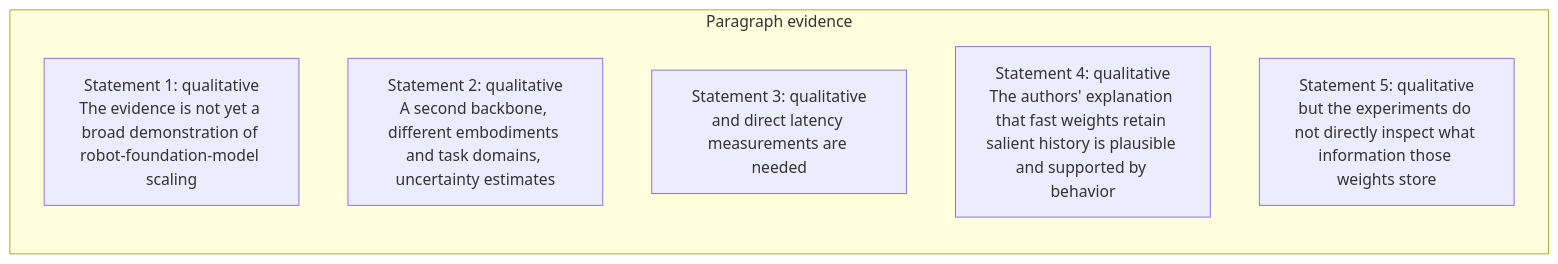
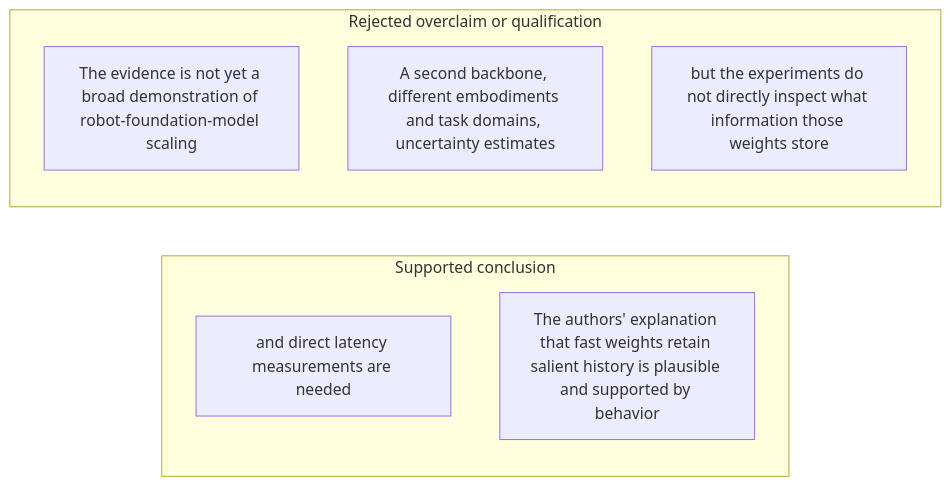
One commit to Betancourt1/paper_atlas changed diagram 46 of 48 in docs/visual-manifests/VISUAL_MANIFEST_ROBOTT.md. Above: the diagram before and after it, drawn with Mermaid. The commit also changed other lines of this file and 7 other files, not shown here.

````diff
--- a/docs/visual-manifests/VISUAL_MANIFEST_ROBOTT.md
+++ b/docs/visual-manifests/VISUAL_MANIFEST_ROBOTT.md
@@ -3861,10 +3875,12 @@
 ```mermaid
 flowchart LR
-  subgraph p1["Paragraph evidence"]
-    p1r1["Statement 1: qualitative<br/>The evidence is not yet a broad demonstration of robot-foundation-model scaling"]
-    p1r2["Statement 2: qualitative<br/>A second backbone, different embodiments and task domains, uncertainty estimates"]
-    p1r3["Statement 3: qualitative<br/>and direct latency measurements are needed"]
-    p1r4["Statement 4: qualitative<br/>The authors' explanation that fast weights retain salient history is plausible and supported by behavior"]
-    p1r5["Statement 5: qualitative<br/>but the experiments do not directly inspect what information those weights store"]
+  subgraph g1["Supported conclusion"]
+    g1i1["and direct latency measurements are needed"]
+    g1i2["The authors' explanation that fast weights retain salient history is plausible and supported by behavior"]
+  end
+  subgraph g2["Rejected overclaim or qualification"]
+    g2i1["The evidence is not yet a broad demonstration of robot-foundation-model scaling"]
+    g2i2["A second backbone, different embodiments and task domains, uncertainty estimates"]
+    g2i3["but the experiments do not directly inspect what information those weights store"]
   end
 ```
````
